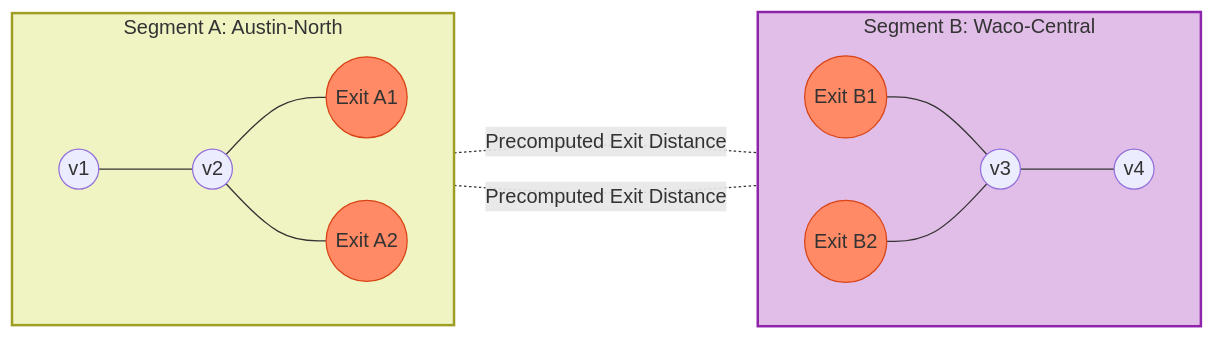
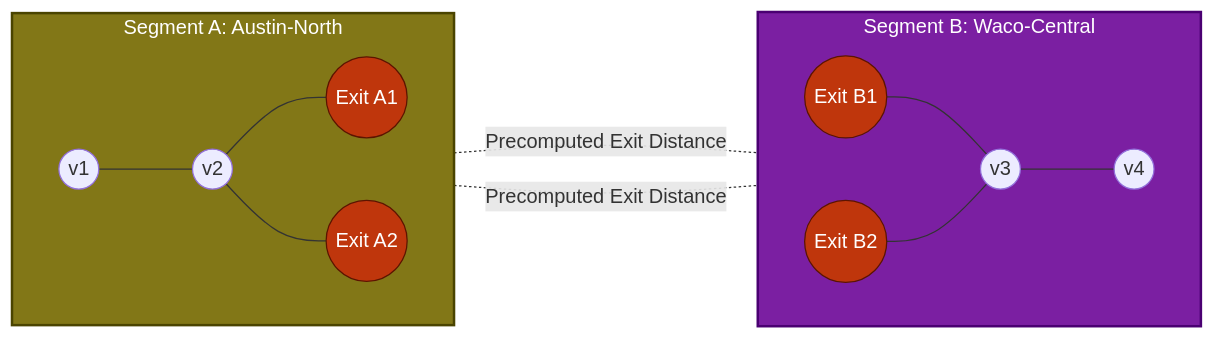
Diagram 11 of 27 in system-design/HLD/0-course/28-Design Google Maps-FAANG-Guide.md (riyaz-pasha/Learnings), drawn with Mermaid before and after one commit. The commit also changed other lines of this file and 1 other file, not shown here.

First line of the commit message:
[HLD] Make Google Maps guide mermaid diagram colors theme-safe

````diff
--- a/system-design/HLD/0-course/28-Design Google Maps-FAANG-Guide.md
+++ b/system-design/HLD/0-course/28-Design Google Maps-FAANG-Guide.md
@@ -591,24 +591,24 @@
 ```mermaid
 flowchart LR
     subgraph SegA["Segment A: Austin-North"]
         direction LR
         A1(("v1")) --- A2(("v2")) --- ExitA1(("Exit A1"))
         A2 --- ExitA2(("Exit A2"))
     end
 
     subgraph SegB["Segment B: Waco-Central"]
         direction LR
         ExitB1(("Exit B1")) --- B1(("v3")) --- B2(("v4"))
         ExitB2(("Exit B2")) --- B1
     end
 
     ExitA1 -.-|"Precomputed Exit Distance"| ExitB1
     ExitA2 -.-|"Precomputed Exit Distance"| ExitB2
 
-    style SegA fill:#f0f4c3,stroke:#9e9d24,stroke-width:2px
-    style SegB fill:#e1bee7,stroke:#8e24aa,stroke-width:2px
-    style ExitA1 fill:#ff8a65,stroke:#d84315
-    style ExitA2 fill:#ff8a65,stroke:#d84315
-    style ExitB1 fill:#ff8a65,stroke:#d84315
-    style ExitB2 fill:#ff8a65,stroke:#d84315
+    style SegA fill:#827717,stroke:#4a4400,color:#ffffff,stroke-width:2px
+    style SegB fill:#7b1fa2,stroke:#4a0072,color:#ffffff,stroke-width:2px
+    style ExitA1 fill:#bf360c,stroke:#5c1400,color:#ffffff
+    style ExitA2 fill:#bf360c,stroke:#5c1400,color:#ffffff
+    style ExitB1 fill:#bf360c,stroke:#5c1400,color:#ffffff
+    style ExitB2 fill:#bf360c,stroke:#5c1400,color:#ffffff
 ```
````
